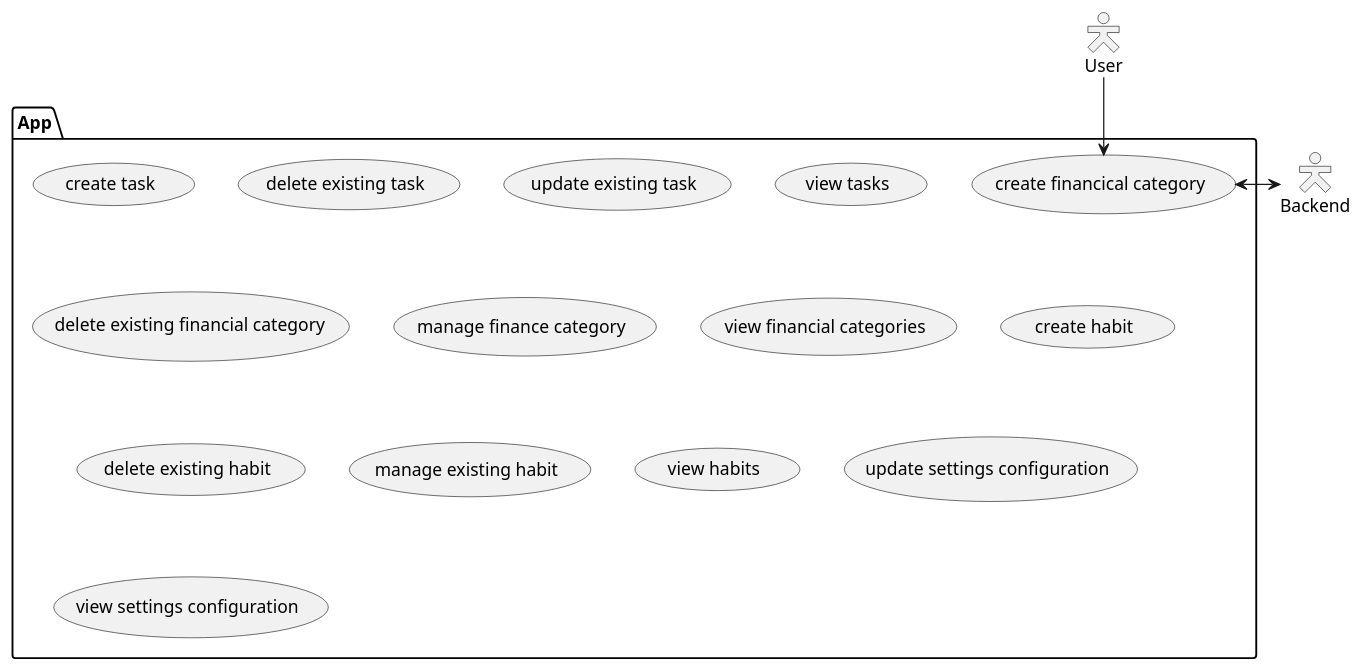
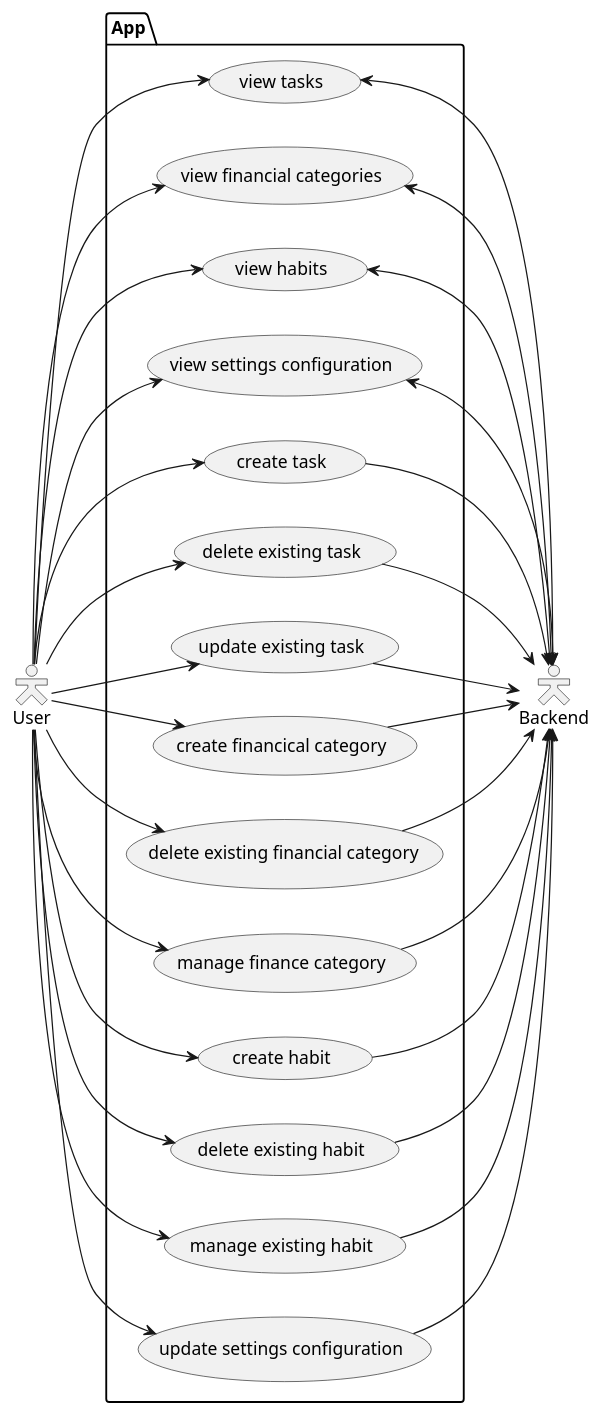
The first of 2 diagrams in docs/Usecases.puml (Toby-Rea/planner), drawn with PlantUML before and after one commit.

Commit message:
first draft of usecases

```diff
--- a/docs/Usecases.puml
+++ b/docs/Usecases.puml
@@ -1,26 +1,56 @@
 @startuml FrontendUses
 skinparam actorStyle Hollow
+left to right direction
 :User: as u
 :Backend: as b
 
 package App {
     usecase "create task" as c_task
     usecase "delete existing task" as d_task
     usecase "update existing task" as u_task
     usecase "view tasks" as v_task
     usecase "create financical category" as c_finance
     usecase "delete existing financial category" as d_finance
     usecase "manage finance category" as m_finance
     usecase "view financial categories" as v_finance
     usecase "create habit" as c_habit
     usecase "delete existing habit" as d_habit
     usecase "manage existing habit" as u_habit
     usecase "view habits" as v_habit
     usecase "update settings configuration" as u_settings
     usecase "view settings configuration" as v_settings
 }
 
+u --> c_task
+c_task --> b
+u --> d_task
+d_task --> b
+u --> u_task
+u_task --> b
+u --> v_task
+v_task <-> b
+
 u --> c_finance
-c_finance <-> b
+c_finance --> b
+u --> d_finance
+d_finance --> b
+u --> m_finance
+m_finance --> b
+u --> v_finance
+v_finance <-> b
+
+u --> c_habit
+c_habit --> b
+u --> d_habit
+d_habit --> b
+u --> u_habit
+u_habit --> b
+u --> v_habit
+v_habit <-> b
+
+u --> v_settings
+v_settings <-> b
+u --> u_settings
+u_settings --> b
 
 @enduml
```
